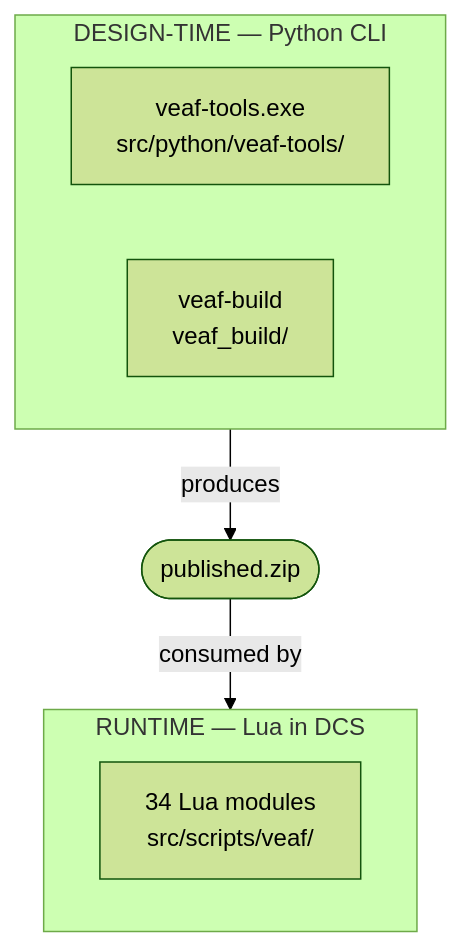
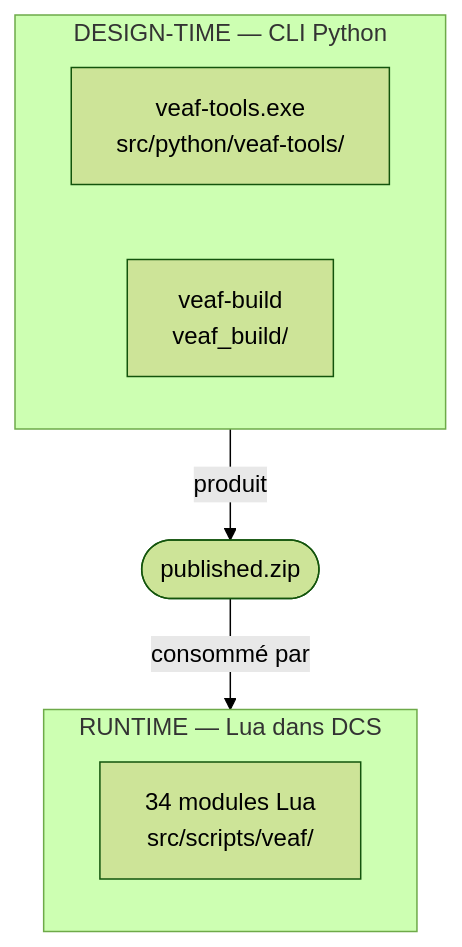
The diagram in doc/developer/README.md (VEAF/VEAF-Mission-Creation-Tools), drawn with Mermaid (forest theme) before and after one commit. The commit also changed other lines of this file and 108 other files, not shown here.

````diff
--- a/doc/developer/README.md
+++ b/doc/developer/README.md
@@ -34,12 +34,12 @@
 ```mermaid
 flowchart TD
-    subgraph RT["RUNTIME — Lua in DCS"]
-        scripts["34 Lua modules<br/>src/scripts/veaf/"]
+    subgraph RT["RUNTIME — Lua dans DCS"]
+        scripts["34 modules Lua<br/>src/scripts/veaf/"]
     end
-    subgraph DT["DESIGN-TIME — Python CLI"]
+    subgraph DT["DESIGN-TIME — CLI Python"]
         tools["veaf-tools.exe<br/>src/python/veaf-tools/"]
         build["veaf-build<br/>veaf_build/"]
     end
-    DT -->|produces| zip(["published.zip"])
-    zip -->|consumed by| RT
+    DT -->|produit| zip(["published.zip"])
+    zip -->|consommé par| RT
 ```
````
